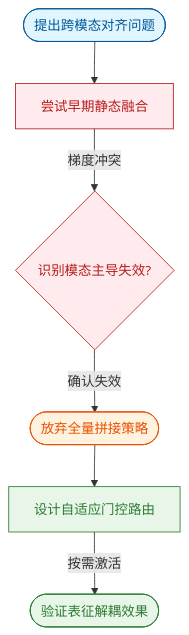
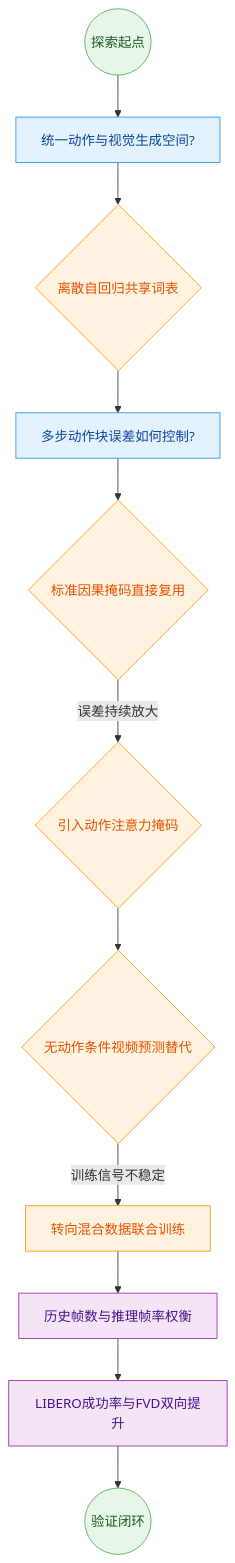
The seventh of 10 diagrams in person_vault/2026-06-08_WorldVLA_2506.21539/report.md (ShinewineW/paper-rolling), drawn with Mermaid before and after one commit. The commit also changed other lines of this file and 51 other files, not shown here.

````diff
--- a/person_vault/2026-06-08_WorldVLA_2506.21539/report.md
+++ b/person_vault/2026-06-08_WorldVLA_2506.21539/report.md
@@ -327,13 +498,18 @@
 ```mermaid
 flowchart TD
-    classDef question fill:#e1f5fe,stroke:#01579b,color:#01579b
-    classDef deadend fill:#ffebee,stroke:#b71c1c,color:#b71c1c
-    classDef pivot fill:#fff3e0,stroke:#e65100,color:#e65100
-    classDef solution fill:#e8f5e9,stroke:#2e7d32,color:#2e7d32
+  classDef start fill:#e8f5e9,color:#1b5e20,stroke:#4caf50;
+  classDef question fill:#e3f2fd,color:#0d47a1,stroke:#2196f3;
+  classDef choice fill:#fff3e0,color:#e65100,stroke:#ff9800;
+  classDef outcome fill:#f3e5f5,color:#4a148c,stroke:#9c27b0;
 
-    q1(["提出跨模态对齐问题"]):::question --> d1["尝试早期静态融合"]:::deadend
-    d1 -->|梯度冲突| d2{识别模态主导失效?}:::deadend
-    d2 -->|确认失效| p1(["放弃全量拼接策略"]):::pivot
-    p1 --> s1["设计自适应门控路由"]:::solution
-    s1 -->|按需激活| s2(["验证表征解耦效果"]):::solution
+  start_node((探索起点)):::start --> q1_unify["统一动作与视觉生成空间?"]:::question
+  q1_unify --> d1_discrete{离散自回归共享词表}:::choice
+  d1_discrete --> q2_error["多步动作块误差如何控制?"]:::question
+  q2_error --> de1_causal{标准因果掩码直接复用}:::choice
+  de1_causal -- 误差持续放大 --> d2_mask{引入动作注意力掩码}:::choice
+  d2_mask --> de2_video{无动作条件视频预测替代}:::choice
+  de2_video -- 训练信号不稳定 --> p1_joint["转向混合数据联合训练"]:::choice
+  p1_joint --> e3_tradeoff["历史帧数与推理帧率权衡"]:::outcome
+  e3_tradeoff --> e1_result["LIBERO成功率与FVD双向提升"]:::outcome
+  e1_result --> end_node((验证闭环)):::start
 ```
````
